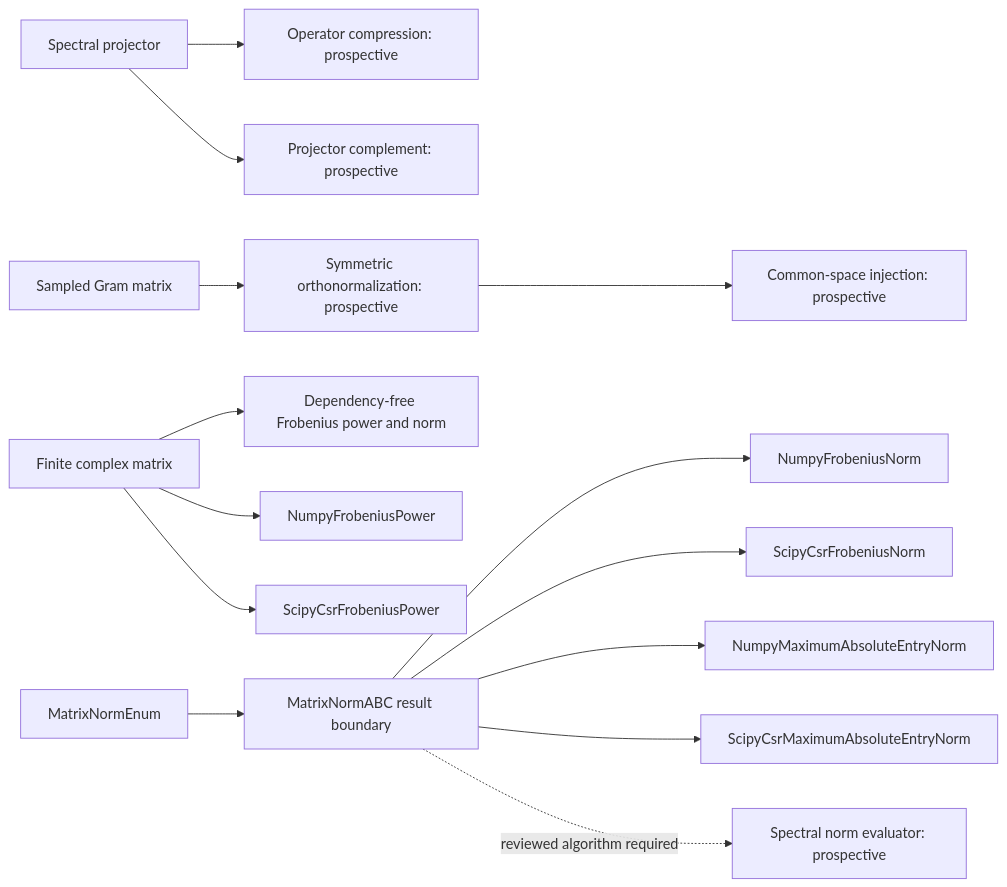
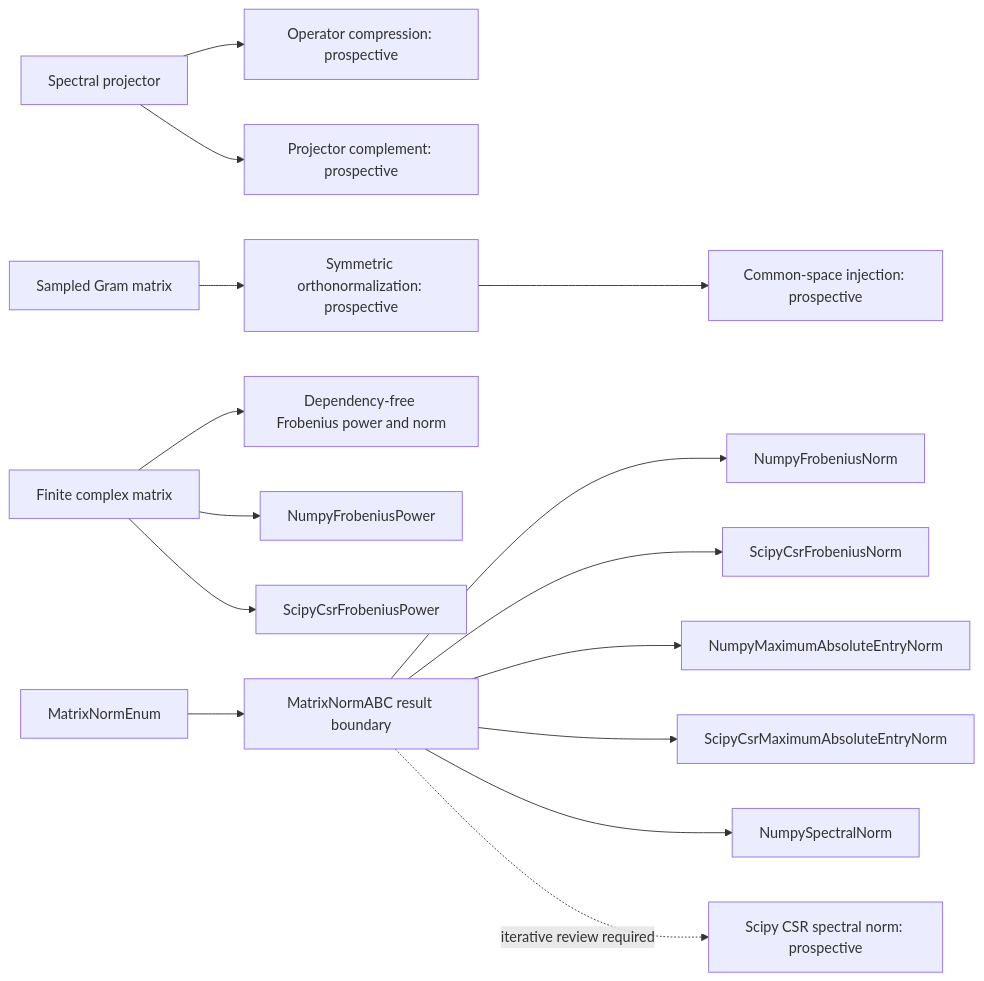
The fourth of 6 diagrams in docs/architecture/projectkoios/numerics/linalg/schematics.md (eragasa/projectkoios-optimization), drawn with Mermaid before and after one commit. The commit also changed other lines of this file and 13 other files, not shown here.

Commit message:
Add dense NumPy spectral norm

````diff
--- a/docs/architecture/projectkoios/numerics/linalg/schematics.md
+++ b/docs/architecture/projectkoios/numerics/linalg/schematics.md
@@ -89,16 +89,17 @@
 ```mermaid
 flowchart LR
     P[Spectral projector] --> C[Operator compression: prospective]
     P --> K[Projector complement: prospective]
     G[Sampled Gram matrix] --> O[Symmetric orthonormalization: prospective]
     O --> J[Common-space injection: prospective]
     N[Finite complex matrix] --> F[Dependency-free Frobenius power and norm]
     N --> U[NumpyFrobeniusPower]
     N --> R[ScipyCsrFrobeniusPower]
     E[MatrixNormEnum] --> A[MatrixNormABC result boundary]
     A --> B[NumpyFrobeniusNorm]
     A --> S[ScipyCsrFrobeniusNorm]
     A --> M[NumpyMaximumAbsoluteEntryNorm]
     A --> Q[ScipyCsrMaximumAbsoluteEntryNorm]
-    A -. reviewed algorithm required .-> D[Spectral norm evaluator: prospective]
+    A --> D[NumpySpectralNorm]
+    A -. iterative review required .-> H[Scipy CSR spectral norm: prospective]
 ```
````
